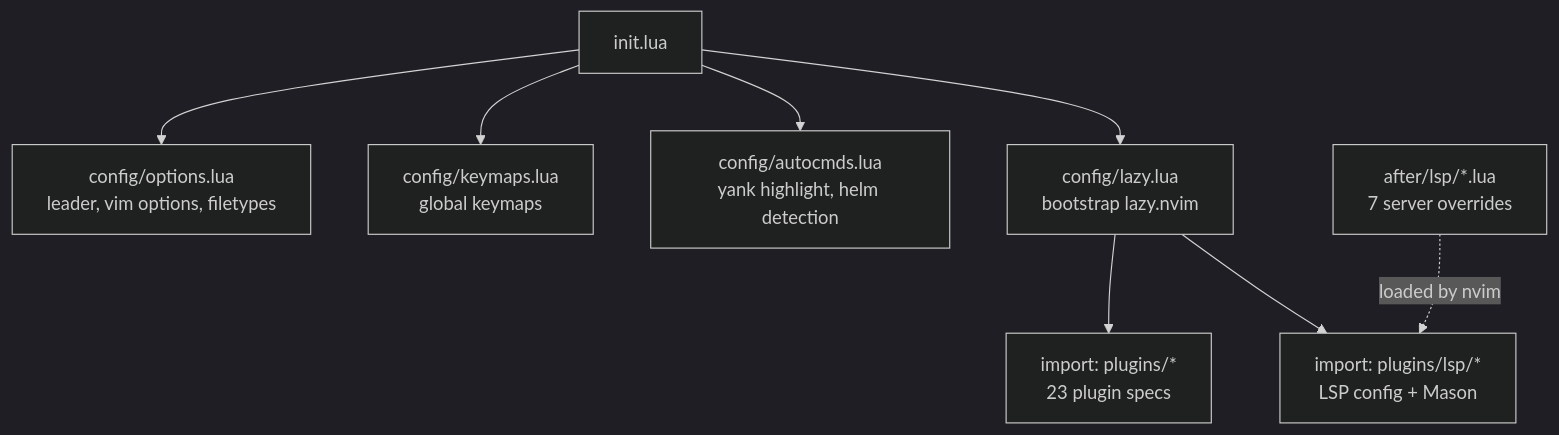
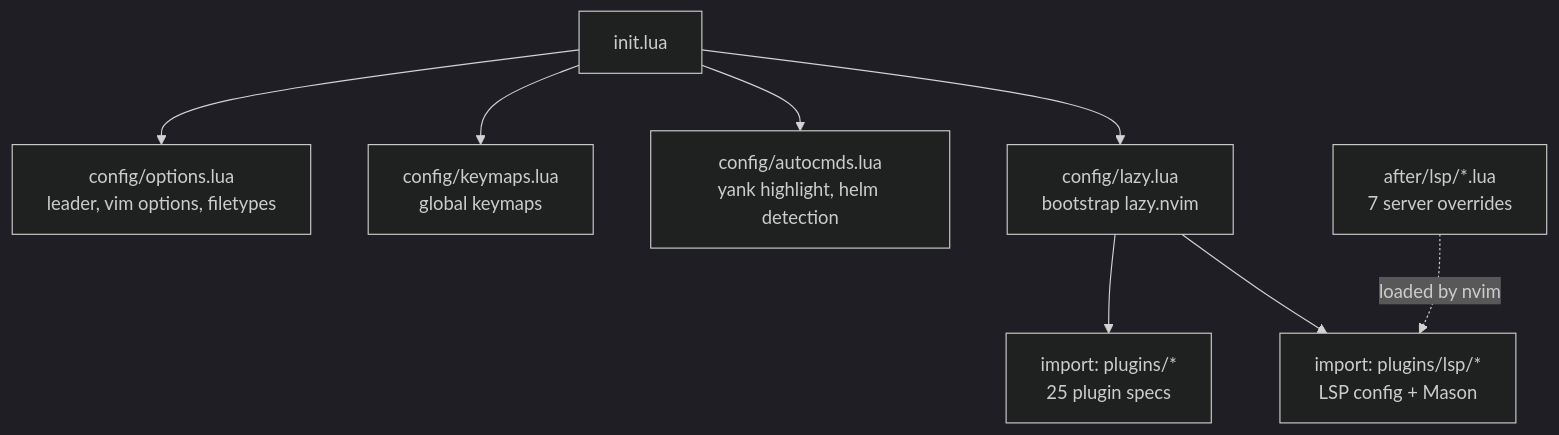
The first of 2 diagrams in docs/components/nvim.md (mbastakis/dotfiles), drawn with Mermaid (dark theme) before and after one commit. The commit also changed other lines of this file and 3 other files, not shown here.

````diff
--- a/docs/components/nvim.md
+++ b/docs/components/nvim.md
@@ -9,10 +9,10 @@
 ```mermaid
 flowchart TD
   A[init.lua] --> B[config/options.lua<br/>leader, vim options, filetypes]
   A --> C[config/keymaps.lua<br/>global keymaps]
   A --> D[config/autocmds.lua<br/>yank highlight, helm detection]
   A --> E[config/lazy.lua<br/>bootstrap lazy.nvim]
-  E --> F["import: plugins/*<br/>23 plugin specs"]
+  E --> F["import: plugins/*<br/>25 plugin specs"]
   E --> G["import: plugins/lsp/*<br/>LSP config + Mason"]
   H["after/lsp/*.lua<br/>7 server overrides"] -.->|loaded by nvim| G
 ```
````
